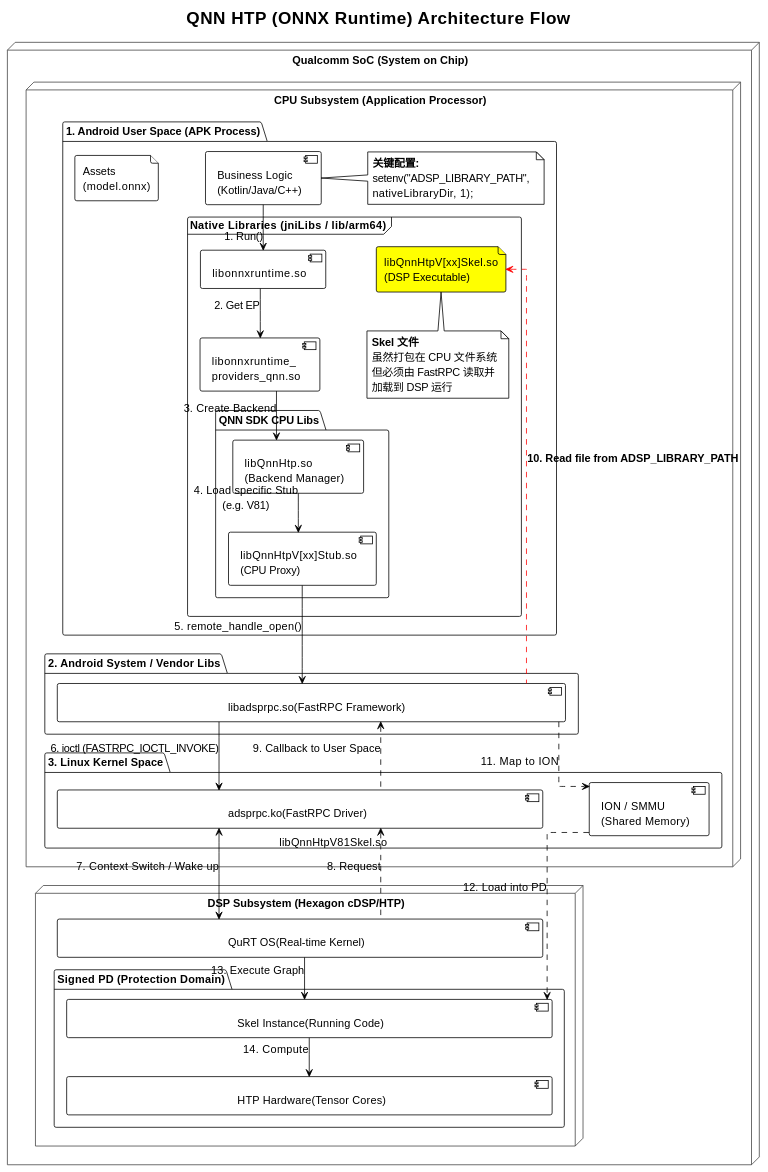
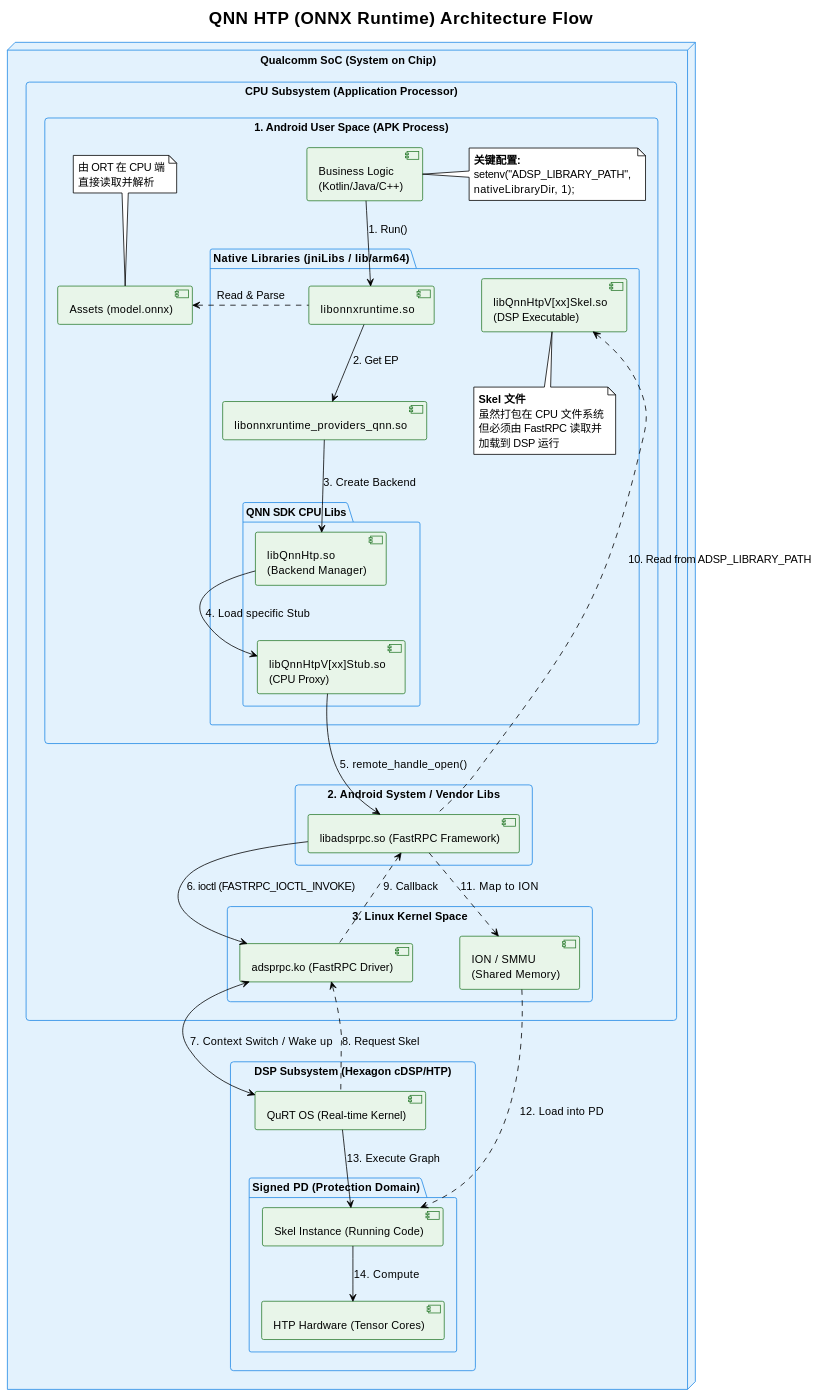
The diagram in content/explore-ai/ONNX-Runtime.md (Ethen-Cao/ethenslab), drawn with PlantUML before and after one commit. The commit also changed 6 other files, not shown here.

````diff
--- a/content/explore-ai/ONNX-Runtime.md
+++ b/content/explore-ai/ONNX-Runtime.md
@@ -17,22 +17,31 @@
 skinparam defaultFontSize 14
 skinparam defaultFontColor black
 skinparam arrowColor black
-skinparam nodeBorderColor #444444
-skinparam componentBorderColor black
-skinparam linetype ortho
 skinparam nodesep 60
 skinparam ranksep 50
+skinparam rectangle {
+    BackgroundColor #ECEFF1
+    BorderColor #607D8B
+    RoundCorner 8
+}
+skinparam package {
+    BackgroundColor #E3F2FD
+    BorderColor #1E88E5
+    FontStyle bold
+}
+skinparam component {
+    BackgroundColor #E8F5E9
+    BorderColor #2E7D32
+}
 
 title QNN HTP (ONNX Runtime) Architecture Flow
 
 node "Qualcomm SoC (System on Chip)" {
 
     ' --- CPU Subsystem (Android) ---
-    node "CPU Subsystem (Application Processor)" as CPU_DOMAIN {
-        
-        ' Layer 1: Application
-        package "1. Android User Space (APK Process)" as LAYER_APP {
-            
+    rectangle "CPU Subsystem (Application Processor)" as CPU_DOMAIN {
+
+        rectangle "1. Android User Space (APK Process)" as LAYER_APP {
             component "Business Logic\n(Kotlin/Java/C++)" as AppCode
             note right of AppCode
                <b>关键配置:</b>
@@ -40,16 +49,16 @@
                nativeLibraryDir, 1);
             end note
 
-            frame "Native Libraries (jniLibs / lib/arm64)" {
+            package "Native Libraries (jniLibs / lib/arm64)" {
                 component "libonnxruntime.so" as ORT
-                component "libonnxruntime_\nproviders_qnn.so" as QNN_EP
+                component "libonnxruntime_providers_qnn.so" as QNN_EP
                 
                 package "QNN SDK CPU Libs" {
                     component "libQnnHtp.so\n(Backend Manager)" as QnnHtp
                     component "libQnnHtpV[xx]Stub.so\n(CPU Proxy)" as QnnStub
                 }
                 
-                file "libQnnHtpV[xx]Skel.so\n(DSP Executable)" as SkelFile #yellow
+                component "libQnnHtpV[xx]Skel.so\n(DSP Executable)" as SkelFile
                 note bottom of SkelFile
                    <b>Skel 文件</b>
                    虽然打包在 CPU 文件系统
@@ -57,64 +66,55 @@
                    加载到 DSP 运行
                 end note
             }
-            
-            file "Assets\n(model.onnx)" as Model
+
+            component "Assets (model.onnx)" as Model
+            note top of Model
+               由 ORT 在 CPU 端
+               直接读取并解析
+            end note
         }
 
-        ' Layer 2: System Libraries
-        package "2. Android System / Vendor Libs" as LAYER_SYS {
-            component "\t\t\t\t\t\t\tlibadsprpc.so(FastRPC Framework)\t\t\t\t\t\t\t" as FastRPC
+        rectangle "2. Android System / Vendor Libs" as LAYER_SYS {
+            component "libadsprpc.so (FastRPC Framework)" as FastRPC
         }
 
-        ' Layer 3: Kernel
-        package "3. Linux Kernel Space" as LAYER_KERNEL {
-            component "\t\t\t\t\t\t\tadsprpc.ko(FastRPC Driver)\t\t\t\t\t\t\t" as Driver
+        rectangle "3. Linux Kernel Space" as LAYER_KERNEL {
+            component "adsprpc.ko (FastRPC Driver)" as Driver
             component "ION / SMMU\n(Shared Memory)" as Mem
         }
     }
 
     ' --- DSP Subsystem ---
-    node "DSP Subsystem (Hexagon cDSP/HTP)" as DSP_DOMAIN {
-         
-         component "\t\t\t\t\t\t\tQuRT OS(Real-time Kernel)\t\t\t\t\t\t\t" as QuRT
-         
-         package "Signed PD (Protection Domain)" {
-              component "\t\t\t\t\t\t\tSkel Instance(Running Code)\t\t\t\t\t\t\t" as SkelRun
-              component "\t\t\t\t\t\t\tHTP Hardware(Tensor Cores)\t\t\t\t\t\t\t" as HTP_HW
-         }
+    rectangle "DSP Subsystem (Hexagon cDSP/HTP)" as DSP_DOMAIN {
+        component "QuRT OS (Real-time Kernel)" as QuRT
+
+        package "Signed PD (Protection Domain)" {
+            component "Skel Instance (Running Code)" as SkelRun
+            component "HTP Hardware (Tensor Cores)" as HTP_HW
+        }
     }
 }
 
-' ' --- 布局强制 ---
-' LAYER_APP -down-> LAYER_SYS
-' LAYER_SYS -down-> LAYER_KERNEL
-' LAYER_KERNEL -down-> DSP_DOMAIN
-
 ' --- 详细调用关系 ---
-
-' 1. App 调用链
 AppCode -down-> ORT : 1. Run()
+ORT .left.> Model: Read & Parse
 ORT -down-> QNN_EP : 2. Get EP
 QNN_EP -down-> QnnHtp : 3. Create Backend
-QnnHtp -down-> QnnStub : 4. Load specific Stub\n(e.g. V81)
+QnnHtp -down-> QnnStub : 4. Load specific Stub
 
-' 2. RPC 桥接
 QnnStub -down-> FastRPC : 5. remote_handle_open()
 FastRPC -down-> Driver : 6. ioctl (FASTRPC_IOCTL_INVOKE)
-
-' 3. DSP 唤醒与交互
 Driver <-> QuRT : 7. Context Switch / Wake up
 
-' 4. Skel 加载回环 (The Side-load Loop)
-QuRT .up.> Driver : 8. Request "libQnnHtpV81Skel.so"
-Driver .up.> FastRPC : 9. Callback to User Space
-FastRPC .left.> SkelFile #red : <b>10. Read file from ADSP_LIBRARY_PATH</b>
+QuRT .up.> Driver : 8. Request Skel
+Driver .up.> FastRPC : 9. Callback
+FastRPC .left.> SkelFile : 10. Read from ADSP_LIBRARY_PATH
 FastRPC .down.> Mem : 11. Map to ION
 Mem .down.> SkelRun : 12. Load into PD
 
-' 5. 执行
 QuRT -down-> SkelRun : 13. Execute Graph
 SkelRun -down-> HTP_HW : 14. Compute
+@enduml
 
-@enduml
+
 ```
````
